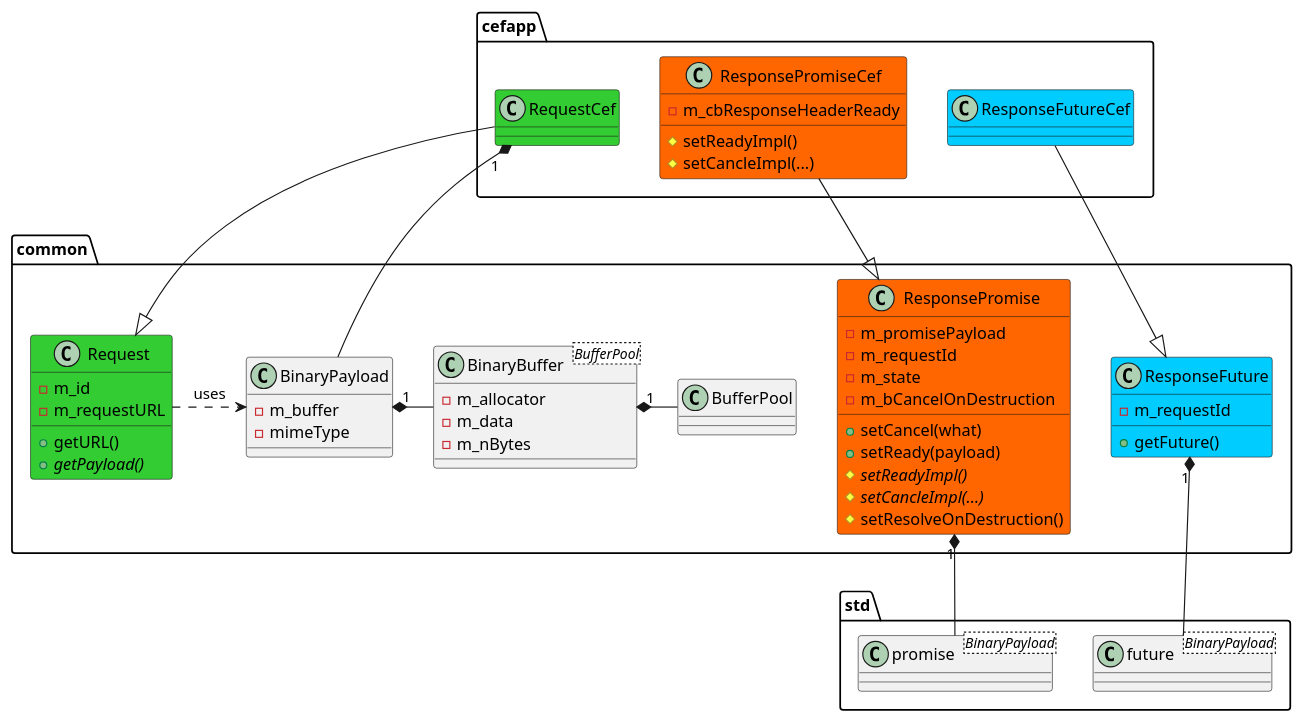
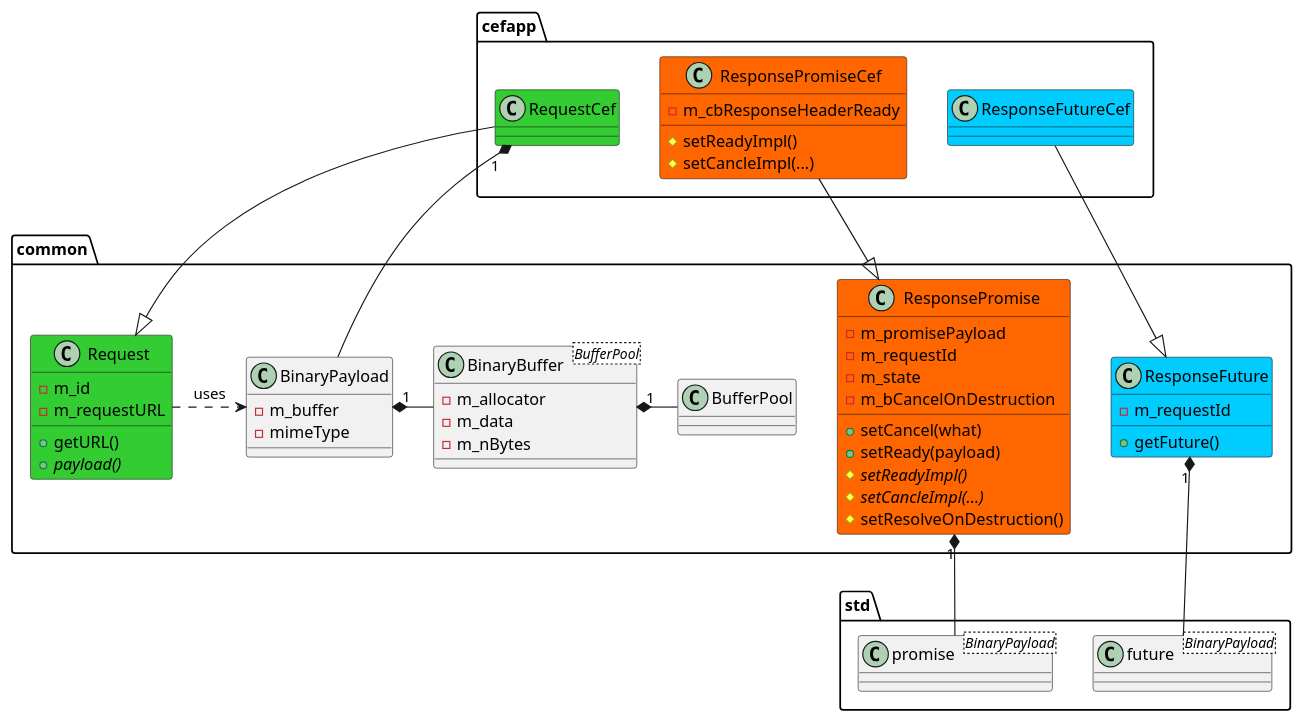
One commit to gabyx/ExecutionGraph changed the diagram in gui/specs/request-response.plantuml. Above: the diagram before and after it, drawn with PlantUML. The commit also changed 21 other files, not shown here.

```diff
--- a/gui/specs/request-response.plantuml
+++ b/gui/specs/request-response.plantuml
@@ -2,65 +2,65 @@
 @startuml
 set namespaceSeparator ::
 skinparam shadowing false
 
 namespace common {
     class BinaryBuffer<BufferPool> {
         - m_allocator
         - m_data
         - m_nBytes
     }
     class BinaryPayload {
         - m_buffer
         - mimeType
     }
 
     class BufferPool
     class Request #33cc33 {
         + getURL()
-        + getPayload() {abstract}
+        + payload() {abstract}
         - m_id
         - m_requestURL
     }
     class ResponsePromise #ff6600 {
         + setCancel(what)
         + setReady(payload)
         # setReadyImpl() {abstract}
         # setCancleImpl(...) {abstract}
         # setResolveOnDestruction()
         - m_promisePayload
         - m_requestId
         - m_state
         - m_bCancelOnDestruction
     }
     class ResponseFuture #00ccff {
         + getFuture()
         - m_requestId
     }
 }
 
 namespace cefapp {
     class RequestCef #33cc33
     class ResponsePromiseCef #ff6600 {
         # setReadyImpl()
         # setCancleImpl(...)
         - m_cbResponseHeaderReady
     }
     class ResponseFutureCef #00ccff
 }
 
 namespace std {
     class promise<BinaryPayload>
     class future<BinaryPayload>
 }
 
 cefapp::RequestCef --|> common::Request
 cefapp::ResponsePromiseCef --|> common::ResponsePromise
 common::ResponsePromise "1" *-- std::promise
 cefapp::ResponseFutureCef --|> common::ResponseFuture
 common::ResponseFuture "1" *-- std::future
 
 common::Request .right.> common::BinaryPayload : uses
 cefapp::RequestCef "1" *--  common::BinaryPayload
 common::BinaryPayload "1" *-right- common::BinaryBuffer
 common::BinaryBuffer "1" *-right- common::BufferPool
 @enduml
```
